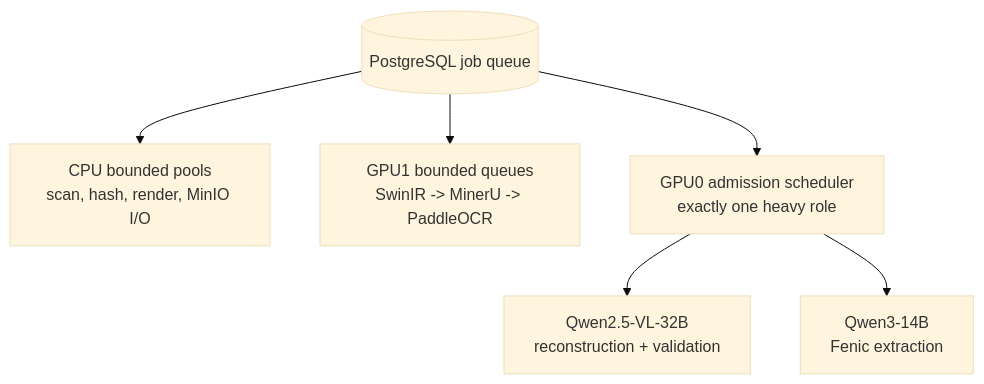
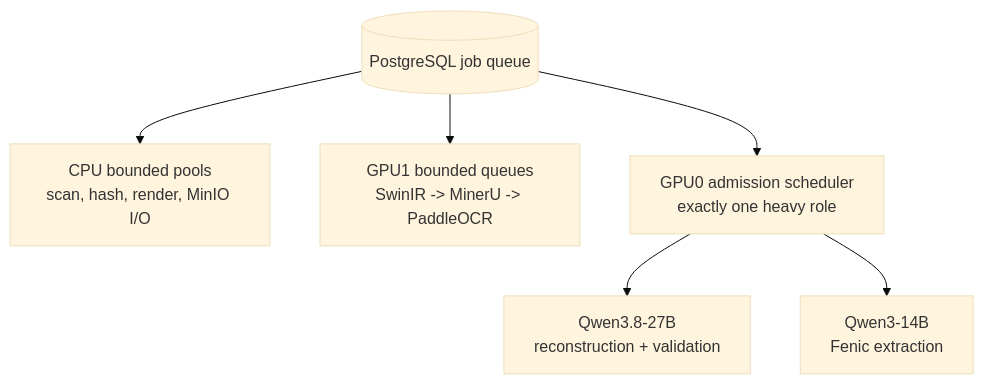
One commit to Zhilg/NEI changed the second of 3 diagrams in docs/SUMMARY.md. Above: the diagram before and after it, drawn with Mermaid (base theme). The commit also changed other lines of this file and 11 other files, not shown here.

````diff
--- a/docs/SUMMARY.md
+++ b/docs/SUMMARY.md
@@ -52,8 +52,8 @@
 ```mermaid
 flowchart TB
     PG[(PostgreSQL job queue)] --> CPU["CPU bounded pools\nscan, hash, render, MinIO I/O"]
     PG --> GPU1["GPU1 bounded queues\nSwinIR -> MinerU -> PaddleOCR"]
     PG --> S["GPU0 admission scheduler\nexactly one heavy role"]
-    S --> VLM["Qwen2.5-VL-32B\nreconstruction + validation"]
+    S --> VLM["Qwen3.8-27B\nreconstruction + validation"]
     S --> TXT["Qwen3-14B\nFenic extraction"]
 ```
````
